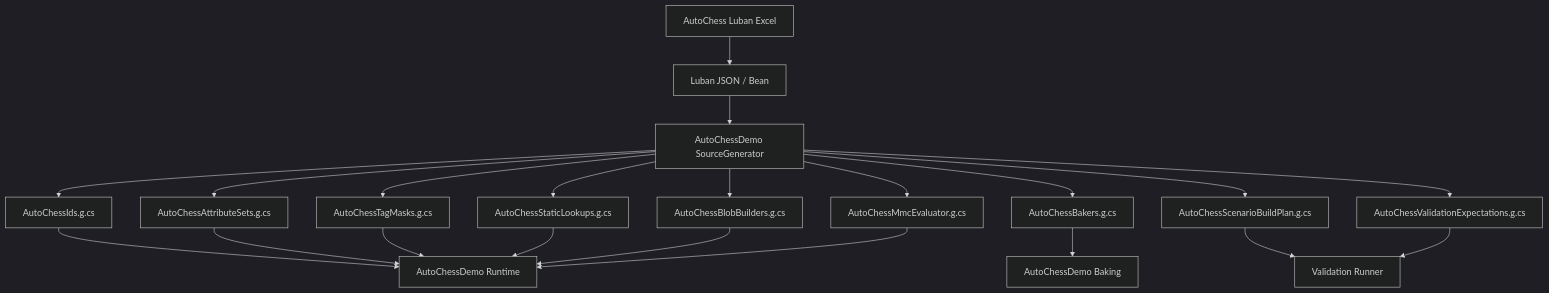
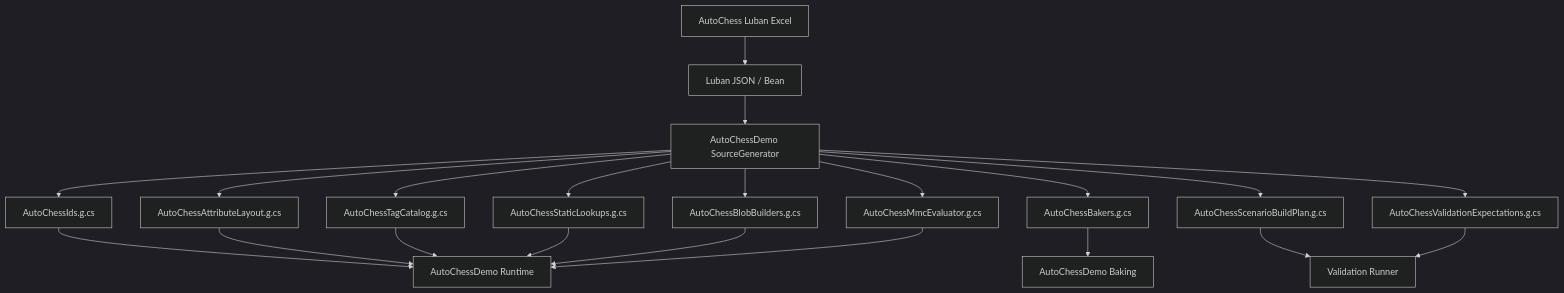
One commit to Bo-ki/gameplay-ability-system-for-unity changed the first of 2 diagrams in 方案讨论/针对2.0的ECS架构的迭代方案讨论/01-目标态架构共识/11-AutoChessDemo-Luban配置方案Spec.md. Above: the diagram before and after it, drawn with Mermaid (dark theme). The commit also changed other lines of this file and 104 other files, not shown here.

````diff
--- a/方案讨论/针对2.0的ECS架构的迭代方案讨论/01-目标态架构共识/11-AutoChessDemo-Luban配置方案Spec.md
+++ b/方案讨论/针对2.0的ECS架构的迭代方案讨论/01-目标态架构共识/11-AutoChessDemo-Luban配置方案Spec.md
@@ -325,23 +362,23 @@
 ```mermaid
 flowchart TD
     Excel["AutoChess Luban Excel"] --> Luban["Luban JSON / Bean"]
     Luban --> Gen["AutoChessDemo SourceGenerator"]
     Gen --> Ids["AutoChessIds.g.cs"]
-    Gen --> Attrs["AutoChessAttributeSets.g.cs"]
-    Gen --> Tags["AutoChessTagMasks.g.cs"]
+    Gen --> Attrs["AutoChessAttributeLayout.g.cs"]
+    Gen --> Tags["AutoChessTagCatalog.g.cs"]
     Gen --> Lookups["AutoChessStaticLookups.g.cs"]
     Gen --> Blobs["AutoChessBlobBuilders.g.cs"]
     Gen --> Mmc["AutoChessMmcEvaluator.g.cs"]
     Gen --> Bakers["AutoChessBakers.g.cs"]
     Gen --> Scenario["AutoChessScenarioBuildPlan.g.cs"]
     Gen --> Validate["AutoChessValidationExpectations.g.cs"]
     Ids --> Runtime["AutoChessDemo Runtime"]
     Attrs --> Runtime
     Tags --> Runtime
     Lookups --> Runtime
     Blobs --> Runtime
     Mmc --> Runtime
     Bakers --> Baking["AutoChessDemo Baking"]
     Scenario --> Validation["Validation Runner"]
     Validate --> Validation
 ```
````
